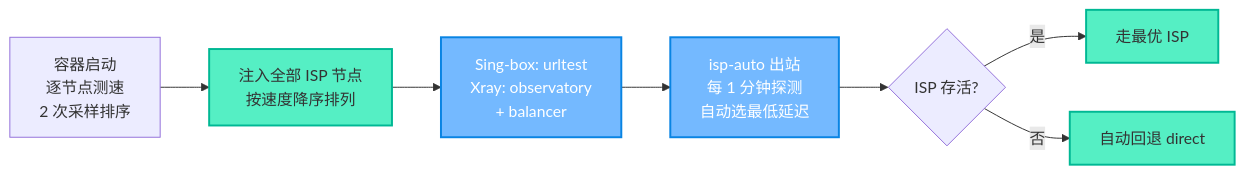
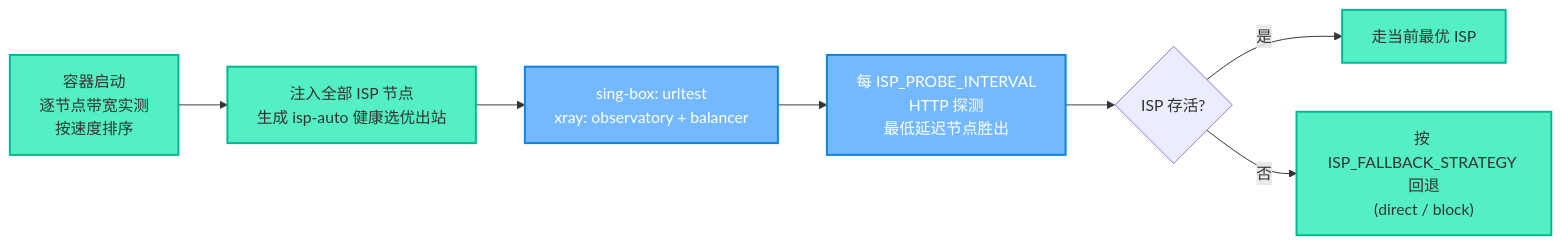
Before and after one commit to currycan/sb-xray: the tenth of 11 diagrams in docs/01-architecture-and-traffic.md, drawn with Mermaid. The commit also changed other lines of this file and 3 other files, not shown here.

````diff
--- a/docs/01-architecture-and-traffic.md
+++ b/docs/01-architecture-and-traffic.md
@@ -493,12 +502,12 @@
 ```mermaid
 flowchart LR
-    classDef new fill:#55efc4,stroke:#00b894,stroke-width:2px,color:#333
+    classDef step fill:#55efc4,stroke:#00b894,stroke-width:2px,color:#333
     classDef good fill:#74b9ff,stroke:#0984e3,stroke-width:2px,color:#fff
 
-    Boot["容器启动\n逐节点测速\n2 次采样排序"] --> All["注入全部 ISP 节点\n按速度降序排列"]:::new
-    All --> URLTest["Sing-box: urltest\nXray: observatory\n+ balancer"]:::good
-    URLTest --> Auto["isp-auto 出站\n每 1 分钟探测\n自动选最低延迟"]:::good
+    Boot["容器启动<br/>逐节点带宽实测<br/>按速度排序"]:::step --> All["注入全部 ISP 节点<br/>生成 isp-auto 健康选优出站"]:::step
+    All --> URLTest["sing-box: urltest<br/>xray: observatory + balancer"]:::good
+    URLTest --> Auto["每 ISP_PROBE_INTERVAL<br/>HTTP 探测<br/>最低延迟节点胜出"]:::good
     Auto --> OK{"ISP 存活?"}
-    OK -- "是" --> Best["走最优 ISP"]:::new
-    OK -- "否" --> Direct["自动回退 direct"]:::new
+    OK -- "是" --> Best["走当前最优 ISP"]:::step
+    OK -- "否" --> Direct["按 ISP_FALLBACK_STRATEGY 回退<br/>(direct / block)"]:::step
 ```
````
